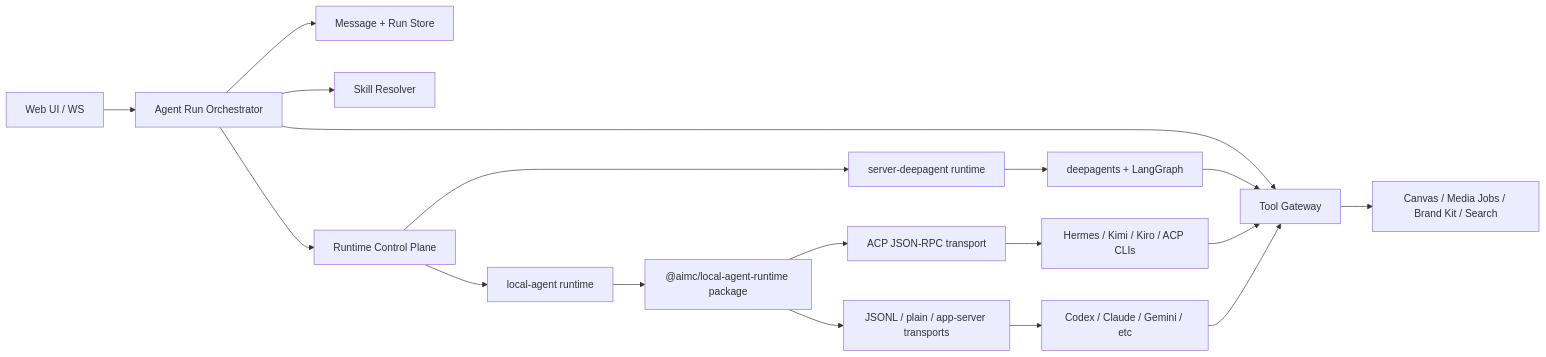
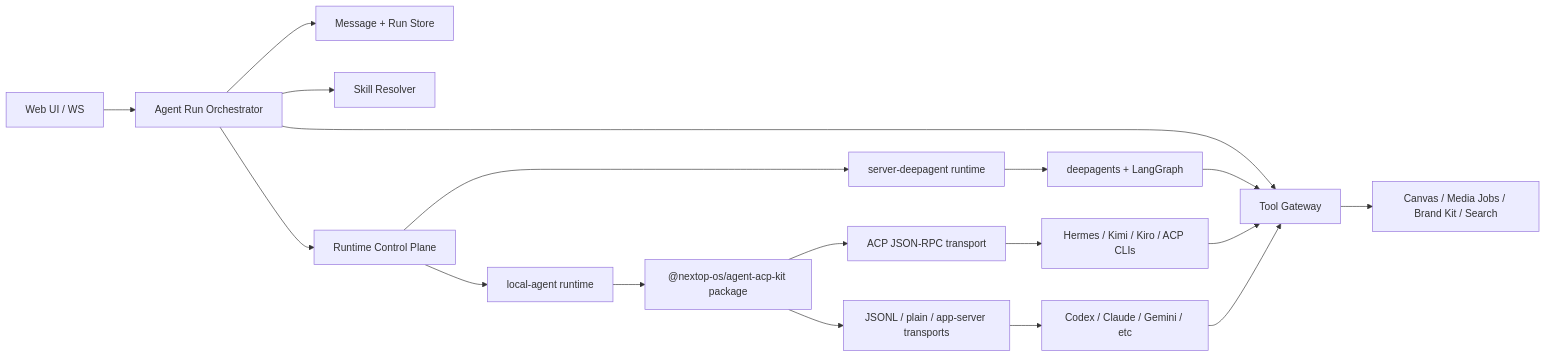
One commit to tutti-os/ai-media-canvas changed the diagram in docs/2026-06-03-agent-runtime-local-agent-design.zh-CN.md. Above: the diagram before and after it, drawn with Mermaid. The commit also changed other lines of this file and 95 other files, not shown here.

Commit message:
Use external agent ACP kit package

````diff
--- a/docs/2026-06-03-agent-runtime-local-agent-design.zh-CN.md
+++ b/docs/2026-06-03-agent-runtime-local-agent-design.zh-CN.md
@@ -230,20 +230,20 @@
 ```mermaid
 flowchart LR
   UI["Web UI / WS"] --> ORCH["Agent Run Orchestrator"]
   ORCH --> MSG["Message + Run Store"]
   ORCH --> SKILL["Skill Resolver"]
   ORCH --> TOOL["Tool Gateway"]
   ORCH --> CP["Runtime Control Plane"]
   CP --> DA["server-deepagent runtime"]
   CP --> LA["local-agent runtime"]
-  LA --> PKG["@aimc/local-agent-runtime package"]
+  LA --> PKG["@nextop-os/agent-acp-kit package"]
   PKG --> ACP["ACP JSON-RPC transport"]
   PKG --> CLIJ["JSONL / plain / app-server transports"]
   DA --> DG["deepagents + LangGraph"]
   ACP --> CLI["Hermes / Kimi / Kiro / ACP CLIs"]
   CLIJ --> CLI2["Codex / Claude / Gemini / etc"]
   DG --> TOOL
   CLI --> TOOL
   CLI2 --> TOOL
   TOOL --> BIZ["Canvas / Media Jobs / Brand Kit / Search"]
 ```
````
